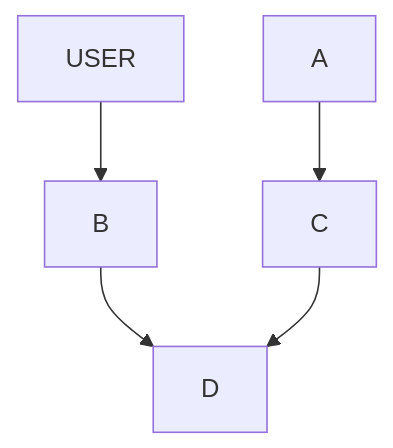
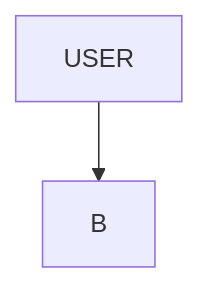
One commit to mafiadev/FullStack changed the second of 2 diagrams in part0/README.md. Above: the diagram before and after it, drawn with Mermaid.

````diff
--- a/part0/README.md
+++ b/part0/README.md
@@ -12,8 +12,5 @@
 ```mermaid
 graph TD;
 USER-->B;
-A-->C;
-B-->D;
-C-->D;
 
 ```
````
